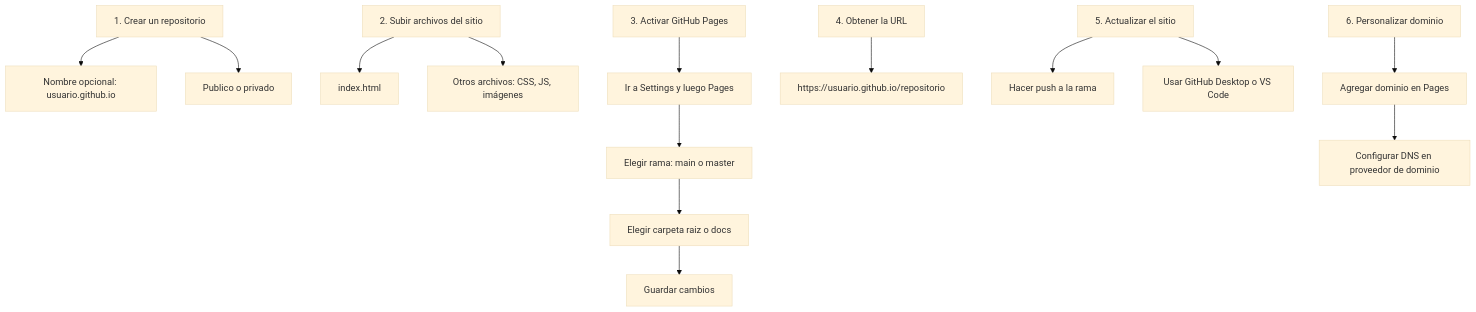
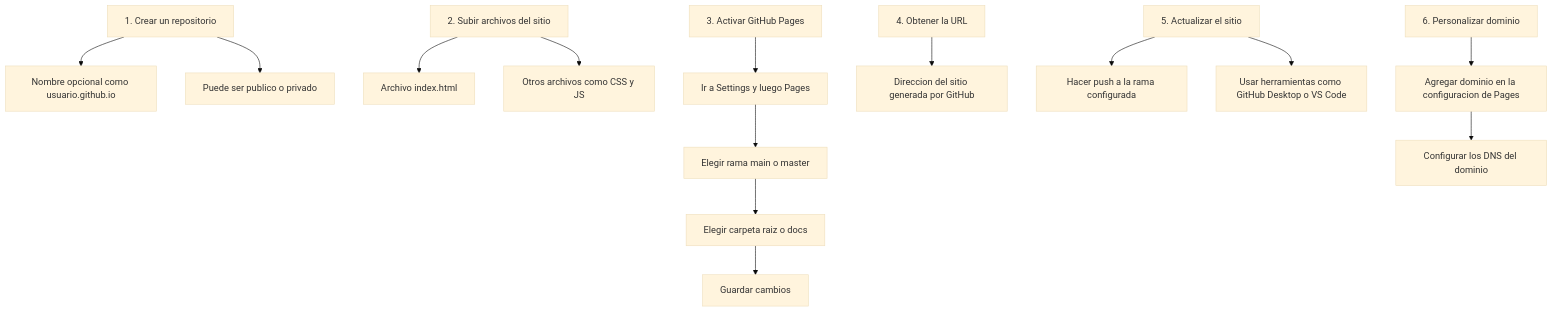
One commit to bruveping/DesarrollosP5 changed the diagram in readme.md. Above: the diagram before and after it, drawn with Mermaid (base theme). The commit also changed other lines of this file, not shown here.

````diff
--- a/readme.md
+++ b/readme.md
@@ -56,21 +56,21 @@
 ```mermaid
 graph TD
-    A[1. Crear un repositorio] --> A1[Nombre opcional: usuario.github.io]
-    A --> A2[Publico o privado]
+    A[1. Crear un repositorio] --> A1[Nombre opcional como usuario.github.io]
+    A --> A2[Puede ser publico o privado]
 
-    B[2. Subir archivos del sitio] --> B1[index.html]
-    B --> B2[Otros archivos: CSS, JS, imágenes]
+    B[2. Subir archivos del sitio] --> B1[Archivo index.html]
+    B --> B2[Otros archivos como CSS y JS]
 
     C[3. Activar GitHub Pages] --> C1[Ir a Settings y luego Pages]
-    C1 --> C2[Elegir rama: main o master]
+    C1 --> C2[Elegir rama main o master]
     C2 --> C3[Elegir carpeta raiz o docs]
     C3 --> C4[Guardar cambios]
 
-    D[4. Obtener la URL] --> D1[https://usuario.github.io/repositorio]
+    D[4. Obtener la URL] --> D1[Direccion del sitio generada por GitHub]
 
-    E[5. Actualizar el sitio] --> E1[Hacer push a la rama]
-    E --> E2[Usar GitHub Desktop o VS Code]
+    E[5. Actualizar el sitio] --> E1[Hacer push a la rama configurada]
+    E --> E2[Usar herramientas como GitHub Desktop o VS Code]
 
-    F[6. Personalizar dominio] --> F1[Agregar dominio en Pages]
-    F1 --> F2[Configurar DNS en proveedor de dominio]
+    F[6. Personalizar dominio] --> F1[Agregar dominio en la configuracion de Pages]
+    F1 --> F2[Configurar los DNS del dominio]
 ```
````
